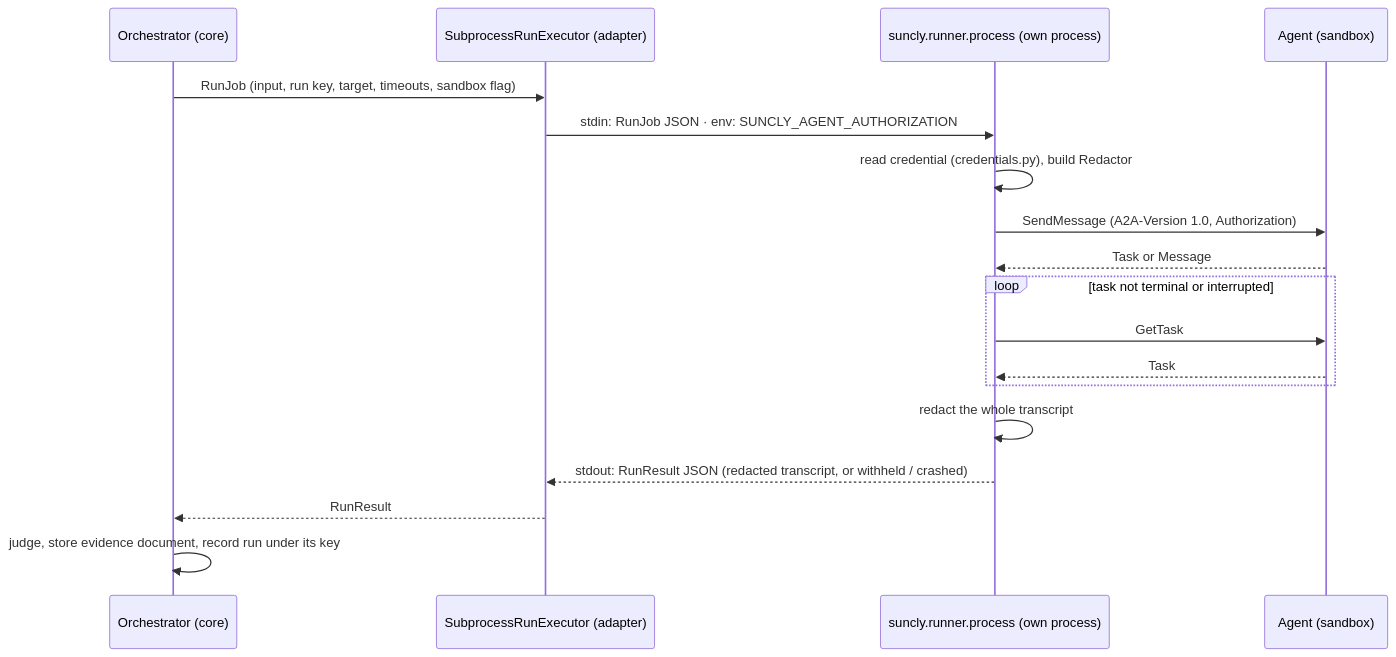
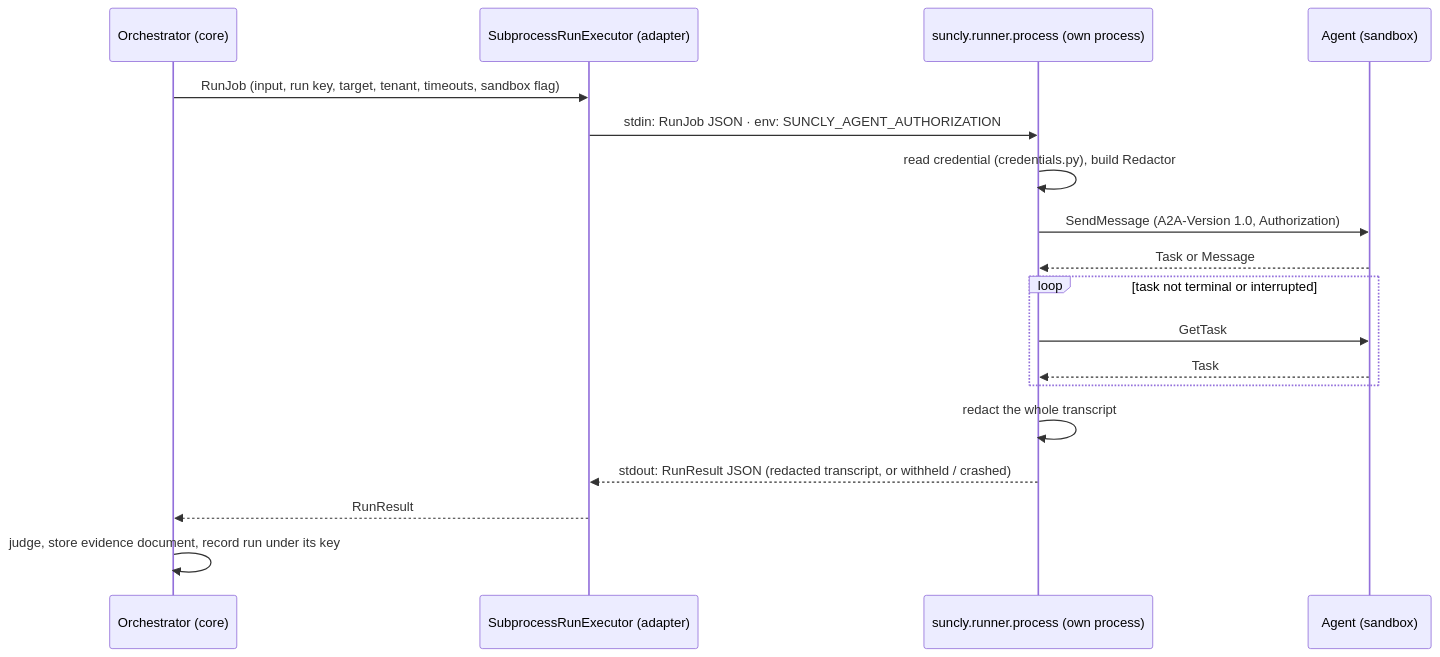
One commit to Suncly-Tech/Suncly changed the second of 2 diagrams in docs/CODE_ARCHITECTURE.md. Above: the diagram before and after it, drawn with Mermaid. The commit also changed 15 other files, not shown here.

````diff
--- a/docs/CODE_ARCHITECTURE.md
+++ b/docs/CODE_ARCHITECTURE.md
@@ -74,20 +74,20 @@
 ```mermaid
 sequenceDiagram
     participant O as Orchestrator (core)
     participant X as SubprocessRunExecutor (adapter)
     participant R as suncly.runner.process (own process)
     participant A as Agent (sandbox)
-    O->>X: RunJob (input, run key, target, timeouts, sandbox flag)
+    O->>X: RunJob (input, run key, target, tenant, timeouts, sandbox flag)
     X->>R: stdin: RunJob JSON · env: SUNCLY_AGENT_AUTHORIZATION
     R->>R: read credential (credentials.py), build Redactor
     R->>A: SendMessage (A2A-Version 1.0, Authorization)
     A-->>R: Task or Message
     loop task not terminal or interrupted
         R->>A: GetTask
         A-->>R: Task
     end
     R->>R: redact the whole transcript
     R-->>X: stdout: RunResult JSON (redacted transcript, or withheld / crashed)
     X-->>O: RunResult
     O->>O: judge, store evidence document, record run under its key
 ```
````
